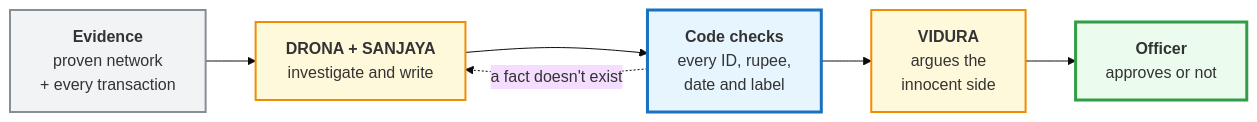
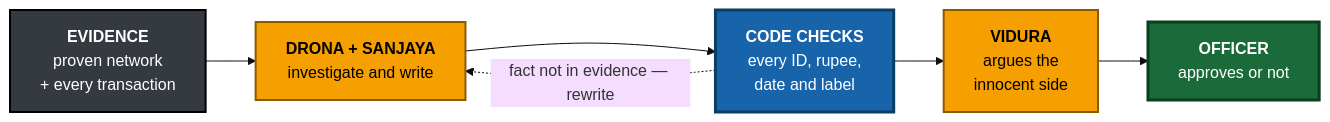
The fifth of 7 diagrams in README.md (akarshncodes/chakravyuh), drawn with Mermaid (base theme) before and after one commit. The commit also changed other lines of this file, not shown here.

First line of the commit message:
docs: open with the hook, add solution mapping, add self-learning roadmap

````diff
--- a/README.md
+++ b/README.md
@@ -244,17 +311,21 @@
 ```mermaid
 flowchart LR
-    A["<b>Evidence</b><br/>proven network<br/>+ every transaction"]
+    classDef data fill:#343a40,stroke:#000000,stroke-width:2px,color:#ffffff
+    classDef ai fill:#f59f00,stroke:#8a5a00,stroke-width:2px,color:#000000
+    classDef code fill:#1864ab,stroke:#0b3d66,stroke-width:3px,color:#ffffff
+    classDef human fill:#1b6b3a,stroke:#0b3d1f,stroke-width:3px,color:#ffffff
+
+    A["<b>EVIDENCE</b><br/>proven network<br/>+ every transaction"]
     B["<b>DRONA + SANJAYA</b><br/>investigate and write"]
-    C["<b>Code checks</b><br/>every ID, rupee,<br/>date and label"]
+    C["<b>CODE CHECKS</b><br/>every ID, rupee,<br/>date and label"]
     D["<b>VIDURA</b><br/>argues the<br/>innocent side"]
-    E["<b>Officer</b><br/>approves or not"]
+    E["<b>OFFICER</b><br/>approves or not"]
 
     A --> B --> C --> D --> E
-    C -.->|"a fact doesn't exist"| B
+    C -.->|"fact not in evidence — rewrite"| B
 
-    style A fill:#f1f3f5,stroke:#868e96,stroke-width:2px
-    style B fill:#fff9db,stroke:#f08c00,stroke-width:2px
-    style C fill:#e7f5ff,stroke:#1971c2,stroke-width:3px
-    style D fill:#fff9db,stroke:#f08c00,stroke-width:2px
-    style E fill:#ebfbee,stroke:#2f9e44,stroke-width:3px
+    class A data
+    class B,D ai
+    class C code
+    class E human
 ```
````
